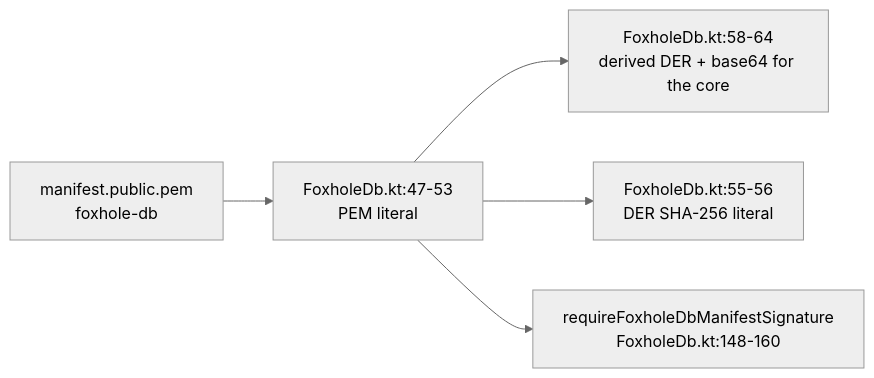
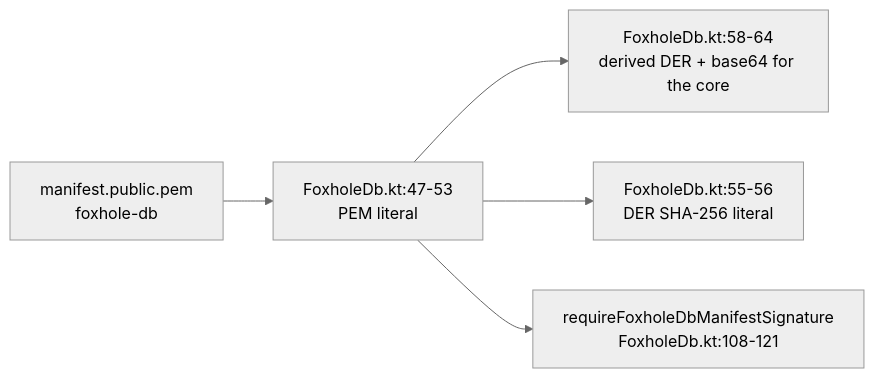
Before and after one commit to foxhole-team/foxhole-core: the second of 6 diagrams in docs/architecture/03-updates-and-data-delivery.md, drawn with Mermaid (neutral theme). The commit also changed other lines of this file and 72 other files, not shown here.

````diff
--- a/docs/architecture/03-updates-and-data-delivery.md
+++ b/docs/architecture/03-updates-and-data-delivery.md
@@ -56,7 +56,7 @@
 ```mermaid
 flowchart LR
     PEM["manifest.public.pem<br/>foxhole-db"] --> LIT["FoxholeDb.kt:47-53<br/>PEM literal"]
     LIT --> B64["FoxholeDb.kt:58-64<br/>derived DER + base64 for the core"]
     LIT --> SHA["FoxholeDb.kt:55-56<br/>DER SHA-256 literal"]
-    LIT --> VF["requireFoxholeDbManifestSignature<br/>FoxholeDb.kt:148-160"]
+    LIT --> VF["requireFoxholeDbManifestSignature<br/>FoxholeDb.kt:108-121"]
 ```
````
